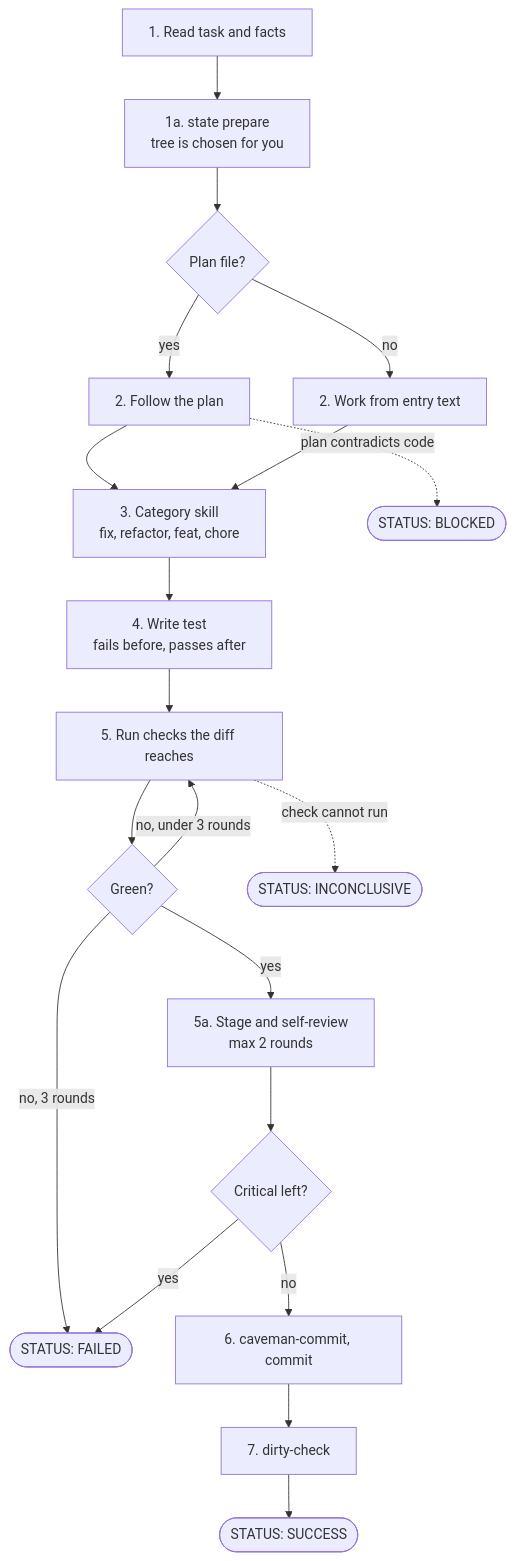
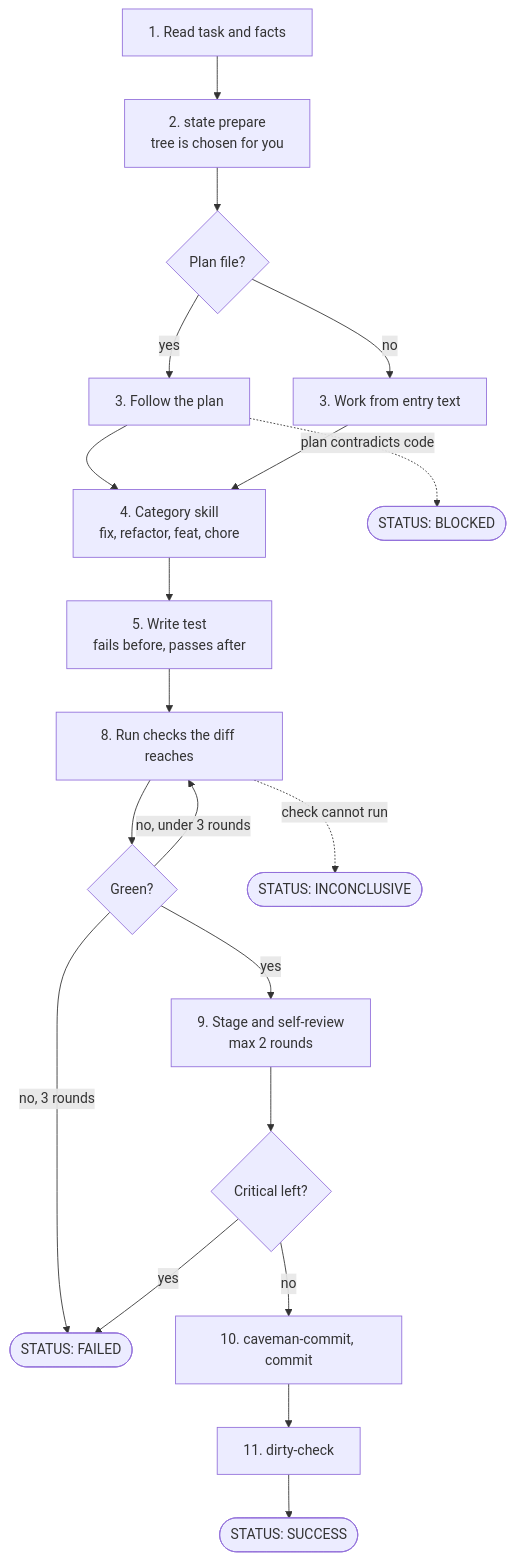
The diagram in docs/lifecycle/leaf-loop.mmd (shortcuts/radin), drawn with Mermaid before and after one commit. The commit also changed 4 other files, not shown here.

```diff
--- a/docs/lifecycle/leaf-loop.mmd
+++ b/docs/lifecycle/leaf-loop.mmd
@@ -1,20 +1,20 @@
 flowchart TD
-  s1[1. Read task and facts] --> s1a[1a. state prepare<br/>tree is chosen for you]
+  s1[1. Read task and facts] --> s1a[2. state prepare<br/>tree is chosen for you]
   s1a --> plan{Plan file?}
-  plan -- yes --> s2[2. Follow the plan]
-  plan -- no --> s2b[2. Work from entry text]
+  plan -- yes --> s2[3. Follow the plan]
+  plan -- no --> s2b[3. Work from entry text]
   s2 --> s3
-  s2b --> s3[3. Category skill<br/>fix, refactor, feat, chore]
-  s3 --> s4[4. Write test<br/>fails before, passes after]
-  s4 --> s5[5. Run checks the diff reaches]
+  s2b --> s3[4. Category skill<br/>fix, refactor, feat, chore]
+  s3 --> s4[5. Write test<br/>fails before, passes after]
+  s4 --> s5[8. Run checks the diff reaches]
   s5 --> green{Green?}
   green -- no, under 3 rounds --> s5
   green -- no, 3 rounds --> failed([STATUS: FAILED])
-  green -- yes --> s5a[5a. Stage and self-review<br/>max 2 rounds]
+  green -- yes --> s5a[9. Stage and self-review<br/>max 2 rounds]
   s5a --> crit{Critical left?}
   crit -- yes --> failed
-  crit -- no --> s6[6. caveman-commit, commit]
-  s6 --> s7[7. dirty-check]
+  crit -- no --> s6[10. caveman-commit, commit]
+  s6 --> s7[11. dirty-check]
   s7 --> ok([STATUS: SUCCESS])
   s2 -. plan contradicts code .-> blocked([STATUS: BLOCKED])
   s5 -. check cannot run .-> inc([STATUS: INCONCLUSIVE])
```
